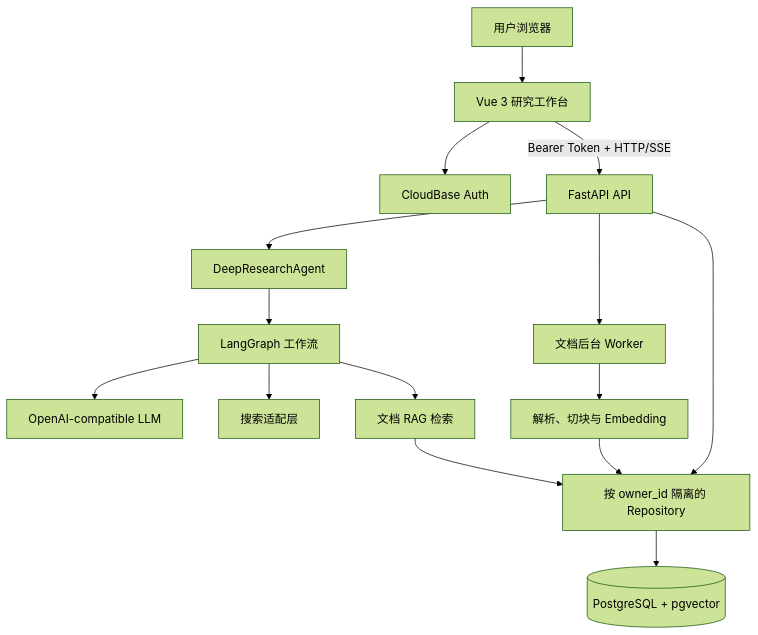
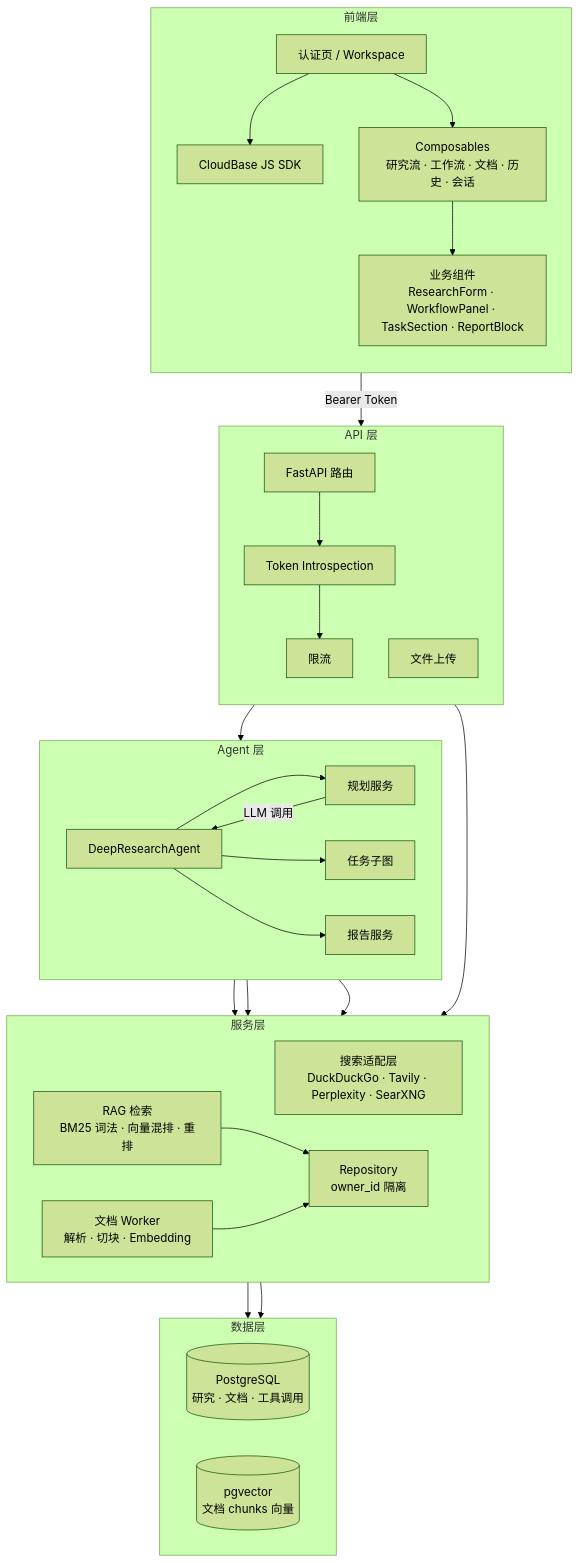
Before and after one commit to FelixCheng1/deepresearch: the first of 4 diagrams in README.md, drawn with Mermaid (forest theme). The commit also changed other lines of this file, not shown here.

````diff
--- a/README.md
+++ b/README.md
@@ -82,17 +95,64 @@
 ```mermaid
-flowchart TD
-    U["用户浏览器"] --> V["Vue 3 研究工作台"]
-    V --> A["CloudBase Auth"]
-    V -->|"Bearer Token + HTTP/SSE"| F["FastAPI API"]
-    F --> G["DeepResearchAgent"]
-    G --> L["LangGraph 工作流"]
-    L --> M["OpenAI-compatible LLM"]
-    L --> S["搜索适配层"]
-    L --> R["文档 RAG 检索"]
-    F --> W["文档后台 Worker"]
-    W --> P["解析、切块与 Embedding"]
-    F --> O["按 owner_id 隔离的 Repository"]
-    R --> O
-    P --> O
-    O --> D[("PostgreSQL + pgvector")]
+flowchart TB
+    subgraph Frontend["前端层"]
+        direction TB
+        Pages["认证页 / Workspace"]
+        Composables["Composables<br/>研究流 · 工作流 · 文档 · 历史 · 会话"]
+        Components["业务组件<br/>ResearchForm · WorkflowPanel · TaskSection · ReportBlock"]
+        AuthSDK["CloudBase JS SDK"]
+    end
+
+    subgraph API["API 层"]
+        direction TB
+        Router["FastAPI 路由"]
+        Auth["Token Introspection"]
+        RateLimit["限流"]
+        Upload["文件上传"]
+    end
+
+    subgraph Agent["Agent 层"]
+        direction LR
+        Orchestrator["DeepResearchAgent"]
+        Planner["规划服务"]
+        SubGraph["任务子图"]
+        Reporter["报告服务"]
+    end
+
+    subgraph Services["服务层"]
+        direction LR
+        SearchAdapter["搜索适配层<br/>DuckDuckGo · Tavily · Perplexity · SearXNG"]
+        RAGService["RAG 检索<br/>BM25 词法 · 向量混排 · 重排"]
+        DocWorker["文档 Worker<br/>解析 · 切块 · Embedding"]
+        Repository["Repository<br/>owner_id 隔离"]
+    end
+
+    subgraph Data["数据层"]
+        direction LR
+        PG[("PostgreSQL<br/>研究 · 文档 · 工具调用")]
+        Vector[("pgvector<br/>文档 chunks 向量")]
+    end
+
+    Pages --> AuthSDK
+    Pages --> Composables
+    Composables --> Components
+
+    AuthSDK -->|"Bearer Token"| Router
+    Router --> Auth
+    Auth --> RateLimit
+    RateLimit --> Orchestrator
+    Upload --> DocWorker
+
+    Orchestrator --> Planner
+    Orchestrator --> SubGraph
+    Orchestrator --> Reporter
+
+    Planner -->|"LLM 调用"| Orchestrator
+    SubGraph --> SearchAdapter
+    SubGraph --> RAGService
+    Reporter --> Repository
+
+    RAGService --> Repository
+    DocWorker --> Repository
+    Repository --> PG
+    Repository --> Vector
 ```
````
